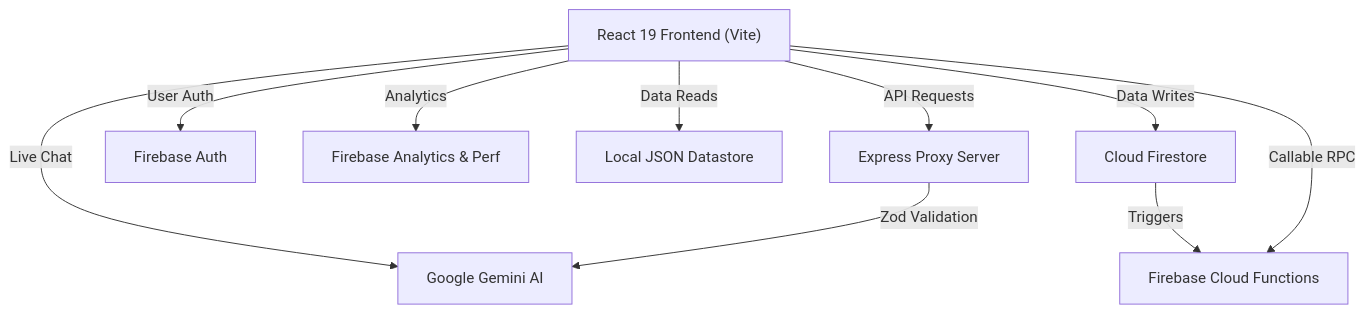
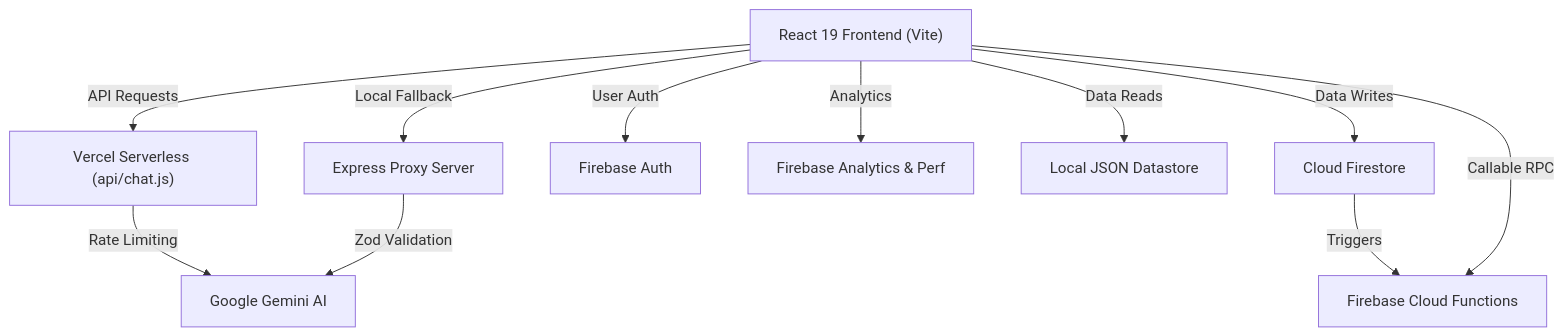
One commit to ParthK0/election changed the diagram in README.md. Above: the diagram before and after it, drawn with Mermaid. The commit also changed other lines of this file and 86 other files, not shown here.

````diff
--- a/README.md
+++ b/README.md
@@ -30,15 +32,16 @@
 ```mermaid
 graph TD
     Client["React 19 Frontend (Vite)"]
-    Client -->|API Requests| ExpressServer["Express Proxy Server"]
-    Client -->|Live Chat| GeminiAPI["Google Gemini AI"]
+    Client -->|API Requests| VercelAPI["Vercel Serverless (api/chat.js)"]
+    Client -->|Local Fallback| ExpressServer["Express Proxy Server"]
     Client -->|User Auth| FirebaseAuth["Firebase Auth"]
     Client -->|Analytics| FirebaseAnalytics["Firebase Analytics & Perf"]
     Client -->|Data Reads| StaticData["Local JSON Datastore"]
     Client -->|Data Writes| Firestore["Cloud Firestore"]
     
+    VercelAPI -->|Rate Limiting| GeminiAPI["Google Gemini AI"]
     ExpressServer -->|Zod Validation| GeminiAPI
     
     Firestore -->|Triggers| CloudFunctions["Firebase Cloud Functions"]
     Client -->|Callable RPC| CloudFunctions
 ```
````
